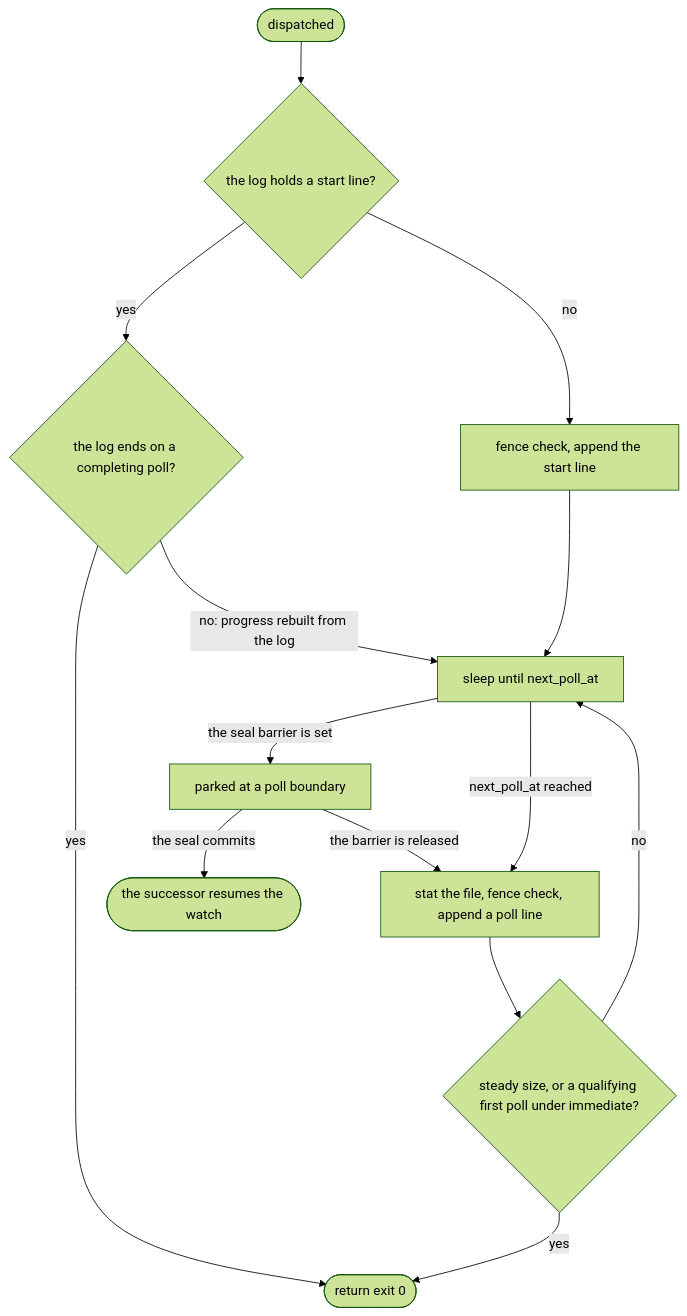
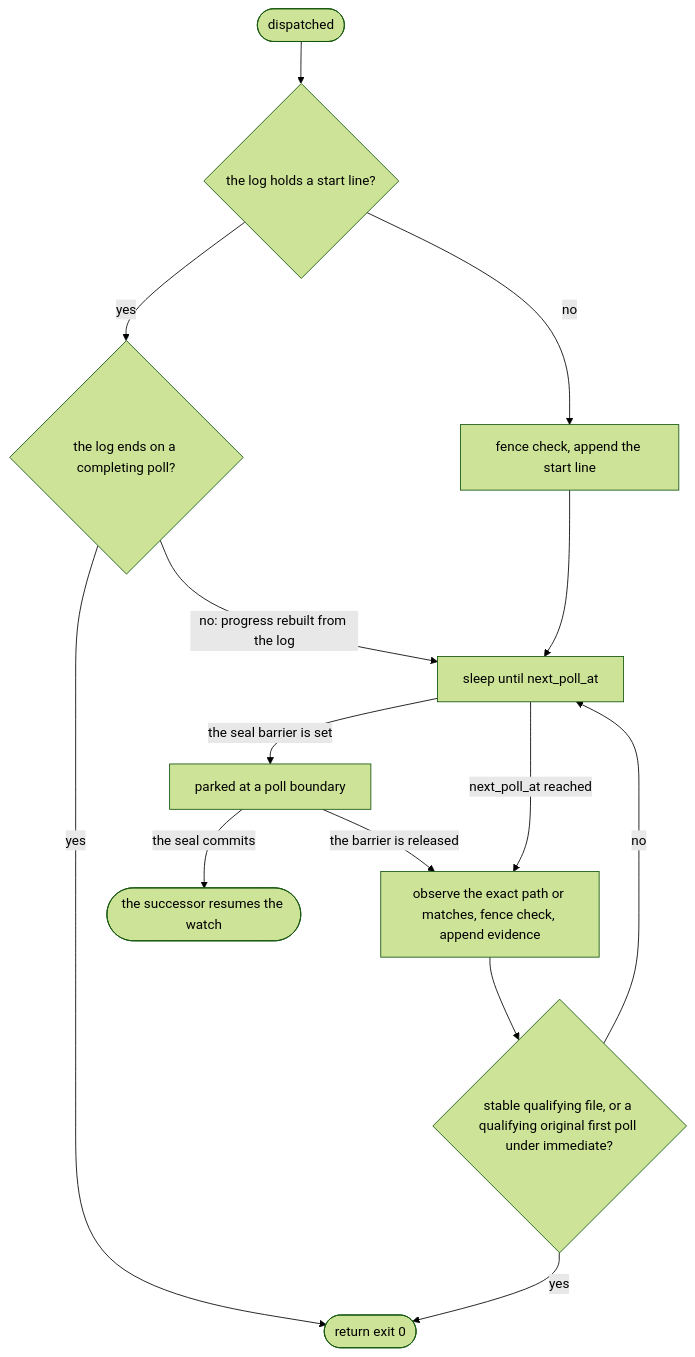
The diagram in docs/blocks/fw-observation.md (mrbald/dsl41), drawn with Mermaid (forest theme) before and after one commit. The commit also changed other lines of this file and 13 other files, not shown here.

````diff
--- a/docs/blocks/fw-observation.md
+++ b/docs/blocks/fw-observation.md
@@ -34,16 +39,16 @@
 ```mermaid
 flowchart TD
     dispatched(["dispatched"]) --> logged{"the log holds a start line?"}
     logged -->|"no"| start["fence check, append the start line"]
     logged -->|"yes"| folded{"the log ends on a completing poll?"}
     folded -->|"yes"| done(["return exit 0"])
     folded -->|"no: progress rebuilt from the log"| sleep
     start --> sleep["sleep until next_poll_at"]
     sleep -->|"the seal barrier is set"| park["parked at a poll boundary"]
     park -->|"the barrier is released"| poll
     park -->|"the seal commits"| successor(["the successor resumes the watch"])
-    sleep -->|"next_poll_at reached"| poll["stat the file, fence check, append a poll line"]
-    poll --> complete{"steady size, or a qualifying first poll under immediate?"}
+    sleep -->|"next_poll_at reached"| poll["observe the exact path or matches, fence check, append evidence"]
+    poll --> complete{"stable qualifying file, or a qualifying original first poll under immediate?"}
     complete -->|"yes"| done
     complete -->|"no"| sleep
 ```
````
